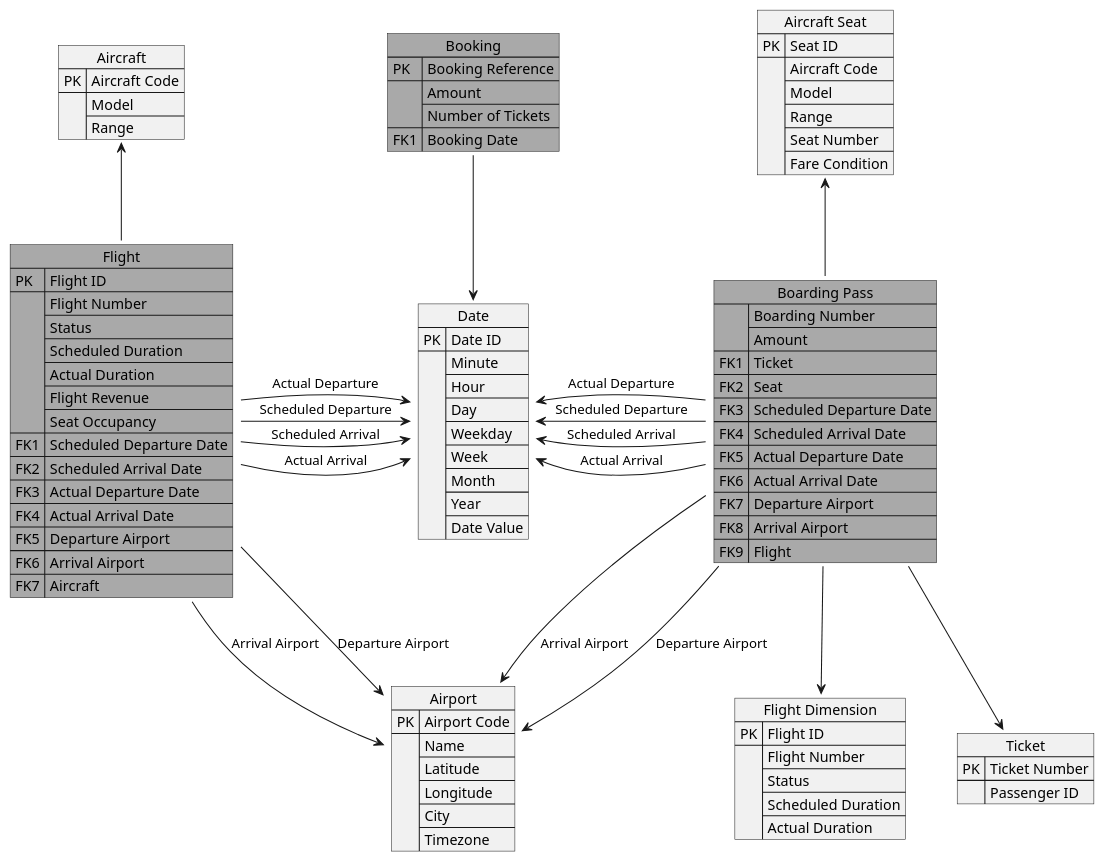
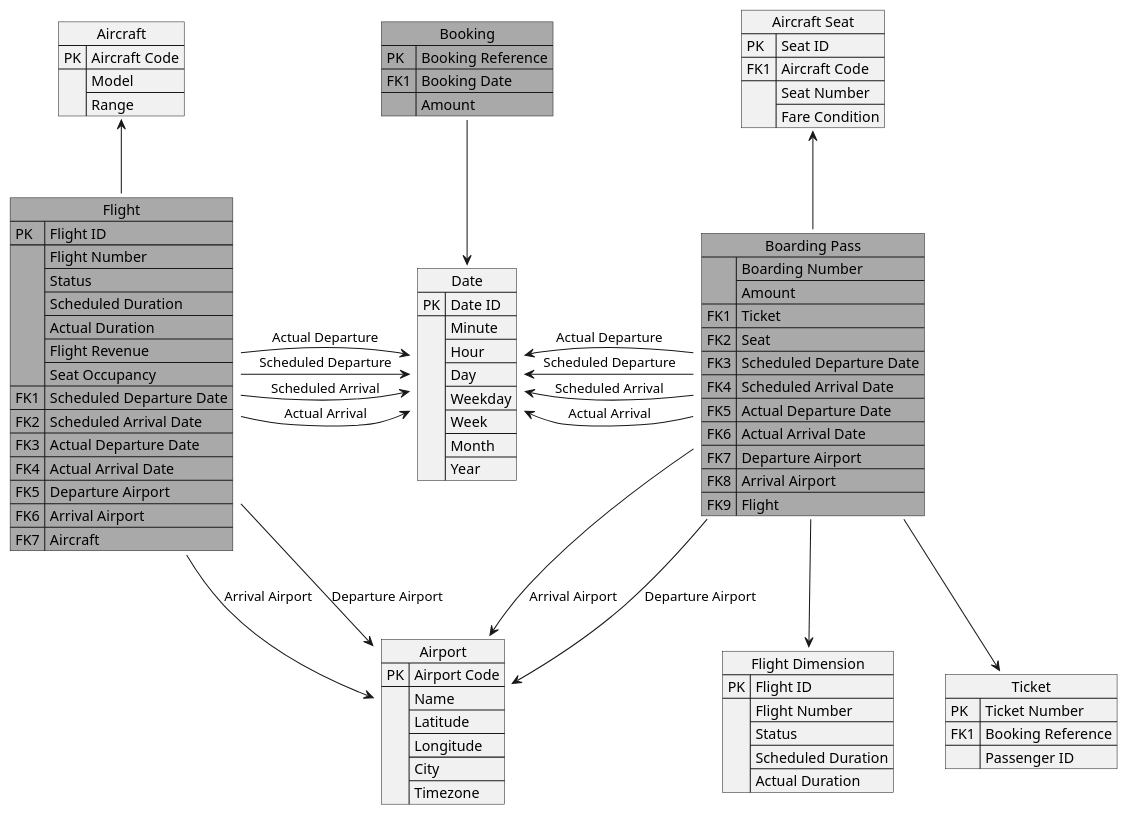
Before and after one commit to antonoliv/airline-datawarehouse: the diagram in dimodel.puml, drawn with PlantUML. The commit also changed 4 other files, not shown here.

```diff
--- a/dimodel.puml
+++ b/dimodel.puml
@@ -1,92 +1,94 @@
 @startuml
 
 
 json "Ticket" as ticket {
     "PK": "Ticket Number",
+    "FK1": "Booking Reference",
     "": ["Passenger ID"]
 }
 
 json "Aircraft" as aircraft {
     "PK": "Aircraft Code",
     "": ["Model", "Range"]
 }
 
 json "Aircraft Seat" as seat {
     "PK": "Seat ID",
-    "": ["Aircraft Code", "Model", "Range", "Seat Number", "Fare Condition"]
+    "FK1": "Aircraft Code",
+    "": ["Seat Number", "Fare Condition"]
 }
 
 json "Airport" as airport {
     "PK": "Airport Code",
     "": ["Name", "Latitude", "Longitude", "City", "Timezone"]
 }
 
 json "Date" as date {
     "PK": "Date ID",
-    "": ["Minute", "Hour", "Day", "Weekday", "Week", "Month", "Year", "Date Value"]
+    "": ["Minute", "Hour", "Day", "Weekday", "Week", "Month", "Year"]
 }
 
 ' Flight Number and Status are a degenerate dimension
 ' Flight Revenue and Seat Occupancy are aggregated facts
 ' Seat Occupancy is semi-additive
 json "Flight" as flight #DarkGray {
     "PK": "Flight ID",
     "": ["Flight Number", "Status", "Scheduled Duration", "Actual Duration", "Flight Revenue", "Seat Occupancy"],
     "FK1": "Scheduled Departure Date",
     "FK2": "Scheduled Arrival Date",  
     "FK3": "Actual Departure Date",
     "FK4": "Actual Arrival Date",
     "FK5": "Departure Airport",
     "FK6": "Arrival Airport",
     "FK7": "Aircraft"
 }
 
 flight -r-> date: "Scheduled Departure"
 flight -r-> date: "Scheduled Arrival"
 flight -r-> date: "Actual Departure"
 flight -r-> date: "Actual Arrival"
 flight -d-> airport: "Departure Airport"
 flight -d-> airport: "Arrival Airport"
 flight -u-> aircraft
 
 ' at least one semi-additive and either aggregated facts or snapshots
 
 json "Booking" as booking #DarkGray {
     "PK": "Booking Reference",
-    "": ["Amount", "Number of Tickets"],
-    "FK1": "Booking Date"
+    "FK1": "Booking Date",
+    "": ["Amount"]
 }
 
 booking --> date
 
 json "Flight Dimension" as flightdim {
     "PK": "Flight ID",
     "": ["Flight Number", "Status", "Scheduled Duration", "Actual Duration"]
 }
 
 ' Boarding Number and Status are generate dimension
 json "Boarding Pass" as boarding #DarkGray {
     "": ["Boarding Number", "Amount"],
     "FK1": "Ticket",
     "FK2": "Seat",
     "FK3": "Scheduled Departure Date",
     "FK4": "Scheduled Arrival Date",  
     "FK5": "Actual Departure Date",
     "FK6": "Actual Arrival Date",
     "FK7": "Departure Airport",
     "FK8": "Arrival Airport",
     "FK9": "Flight"
 }
 
 boarding --> ticket
 boarding -u-> seat
 boarding -l-> date: "Scheduled Departure"
 boarding -l-> date: "Scheduled Arrival"
 boarding -l-> date: "Actual Departure"
 boarding -l-> date: "Actual Arrival"
 boarding --> airport: "Departure Airport"
 boarding --> airport: "Arrival Airport"
 boarding --> flightdim
 
 
 @enduml
```
